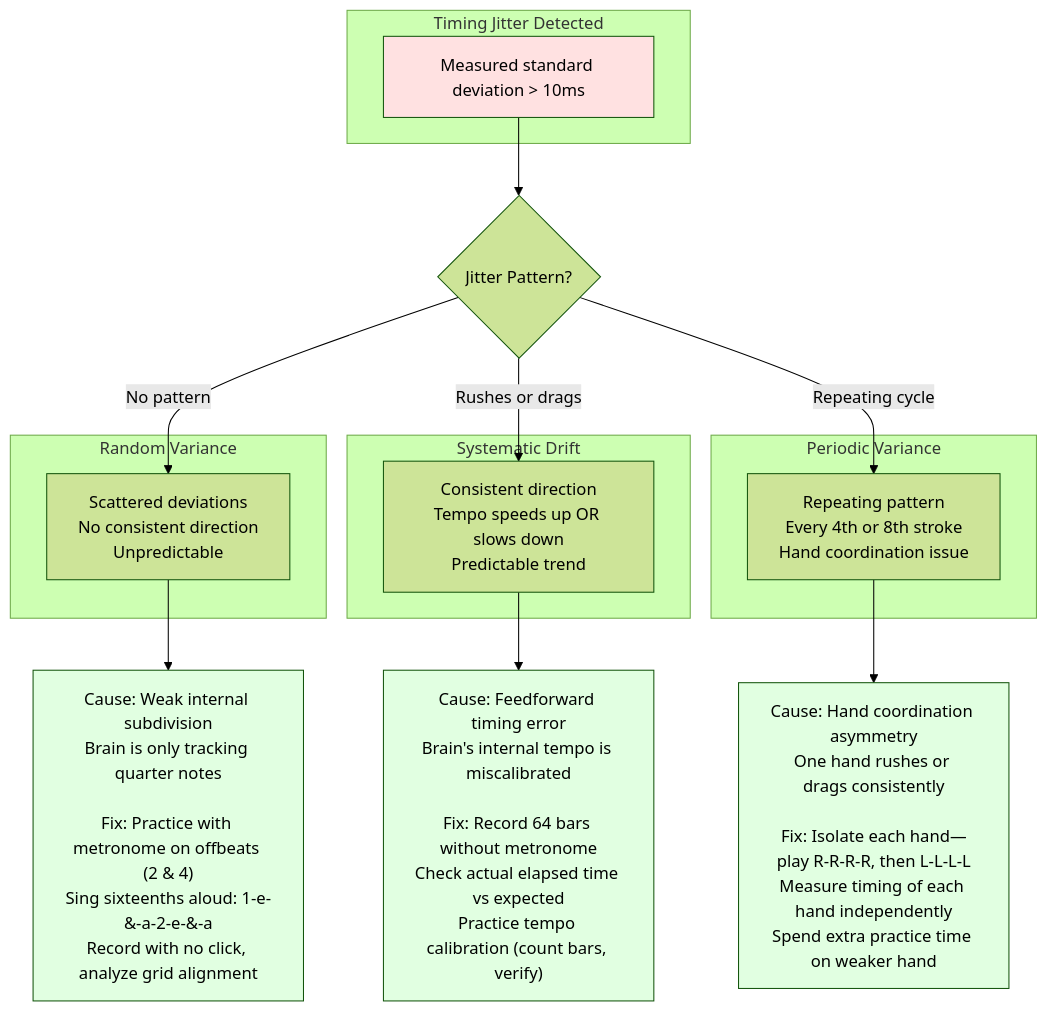
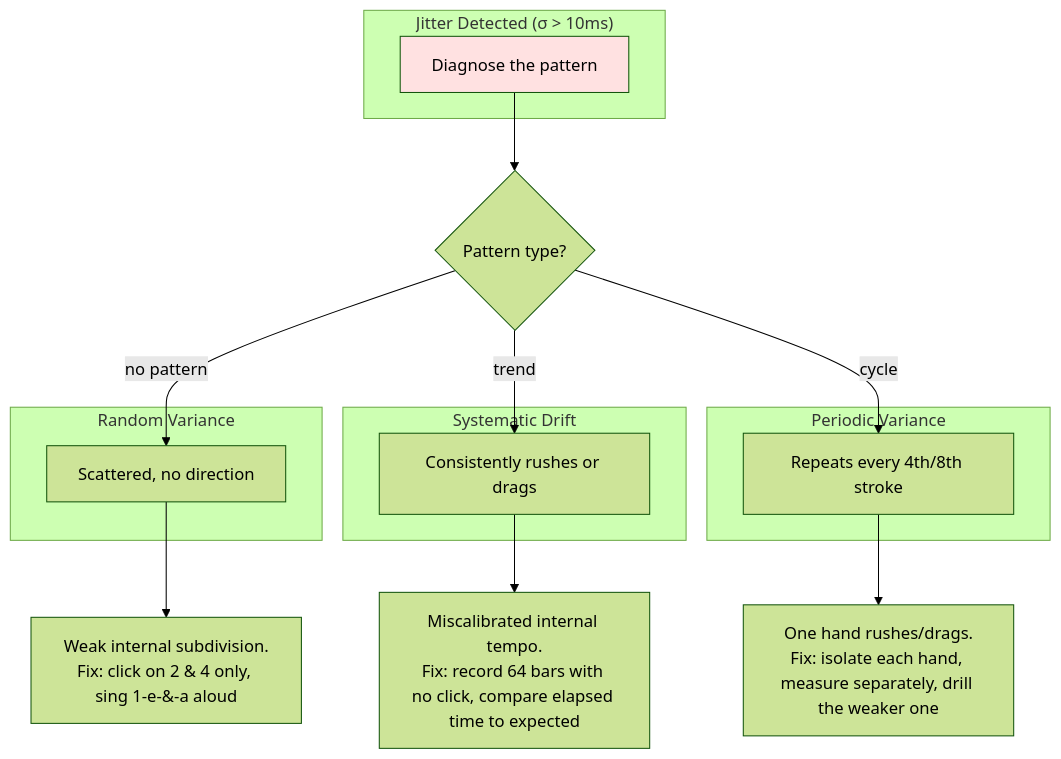
One commit to blebleblee/synapse changed the fifth of 5 diagrams in topics/arts/music_performance/drums/lesson_02_four_limb_independence.md. Above: the diagram before and after it, drawn with Mermaid (forest theme). The commit also changed other lines of this file and 2 other files, not shown here.

````diff
--- a/topics/arts/music_performance/drums/lesson_02_four_limb_independence.md
+++ b/topics/arts/music_performance/drums/lesson_02_four_limb_independence.md
@@ -641,36 +342,29 @@
 ```mermaid
 graph TD
-    subgraph sub_issue ["Timing Jitter Detected"]
-        issue["Measured standard deviation > 10ms"]
+    subgraph sub_issue ["Jitter Detected (σ > 10ms)"]
+        issue["Diagnose the pattern"]
     end
-    
-    sub_type{"Jitter Pattern?"}
-    
+
+    sub_type{"Pattern type?"}
+
     subgraph sub_random ["Random Variance"]
-        random["Scattered deviations<br/>No consistent direction<br/>Unpredictable"]
+        random["Scattered, no direction"]
     end
-    
     subgraph sub_drift ["Systematic Drift"]
-        drift["Consistent direction<br/>Tempo speeds up OR slows down<br/>Predictable trend"]
+        drift["Consistently rushes or drags"]
     end
-    
     subgraph sub_periodic ["Periodic Variance"]
-        periodic["Repeating pattern<br/>Every 4th or 8th stroke<br/>Hand coordination issue"]
+        periodic["Repeats every 4th/8th stroke"]
     end
-    
+
     issue --> sub_type
-    sub_type -->|"No pattern"| random
-    sub_type -->|"Rushes or drags"| drift
-    sub_type -->|"Repeating cycle"| periodic
-    
-    random --> sub_random_fix["Cause: Weak internal subdivision<br/>Brain is only tracking quarter notes<br/><br/>Fix: Practice with metronome on offbeats (2 & 4)<br/>Sing sixteenths aloud: 1-e-&-a-2-e-&-a<br/>Record with no click, analyze grid alignment"]
-    
-    drift --> sub_drift_fix["Cause: Feedforward timing error<br/>Brain's internal tempo is miscalibrated<br/><br/>Fix: Record 64 bars without metronome<br/>Check actual elapsed time vs expected<br/>Practice tempo calibration (count bars, verify)"]
-    
-    periodic --> sub_periodic_fix["Cause: Hand coordination asymmetry<br/>One hand rushes or drags consistently<br/><br/>Fix: Isolate each hand—play R-R-R-R, then L-L-L-L<br/>Measure timing of each hand independently<br/>Spend extra practice time on weaker hand"]
-    
+    sub_type -->|"no pattern"| random
+    sub_type -->|"trend"| drift
+    sub_type -->|"cycle"| periodic
+
+    random --> fix1["Weak internal subdivision.<br/>Fix: click on 2 & 4 only, sing 1-e-&-a aloud"]
+    drift --> fix2["Miscalibrated internal tempo.<br/>Fix: record 64 bars with no click, compare elapsed time to expected"]
+    periodic --> fix3["One hand rushes/drags.<br/>Fix: isolate each hand, measure separately, drill the weaker one"]
+
     style issue fill:#ffe1e1
-    style sub_random_fix fill:#e1ffe1
-    style sub_drift_fix fill:#e1ffe1
-    style sub_periodic_fix fill:#e1ffe1
 ```
````
